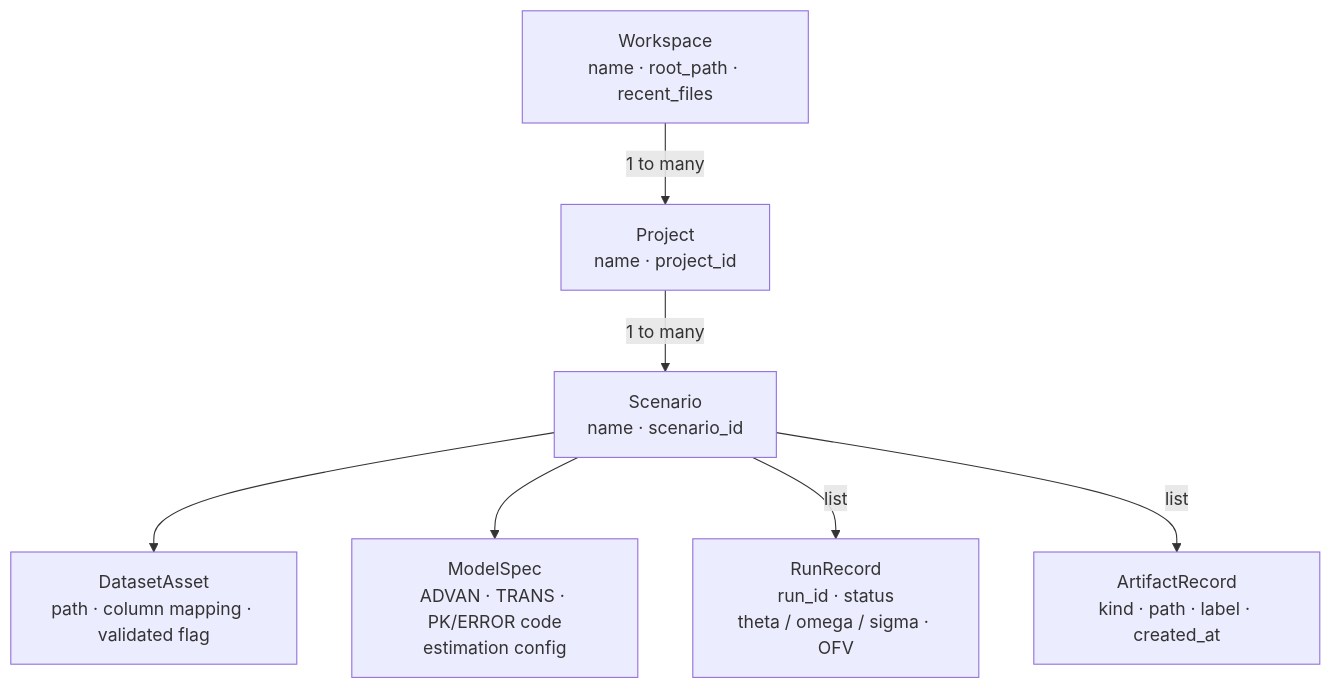
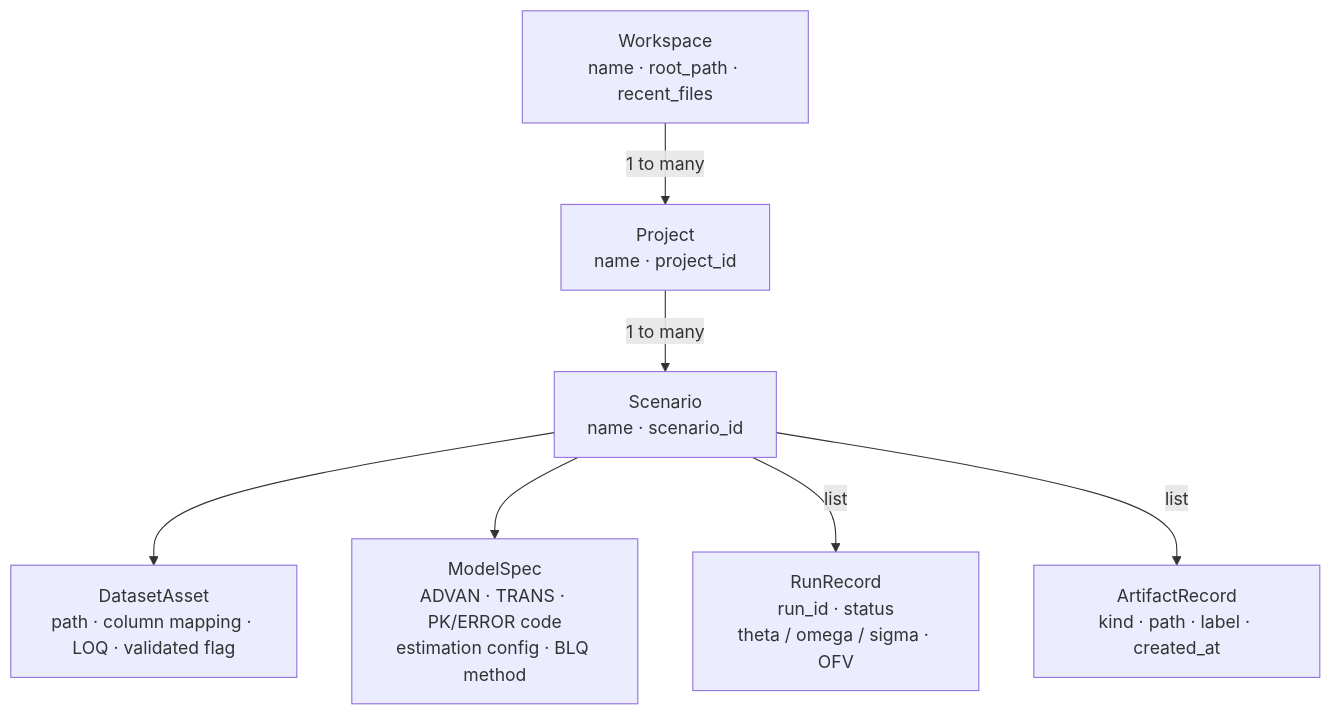
One commit to breisfeld/OpenPKPD changed the second of 2 diagrams in docs/user_guide/gui.md. Above: the diagram before and after it, drawn with Mermaid. The commit also changed other lines of this file and 2 other files, not shown here.

````diff
--- a/docs/user_guide/gui.md
+++ b/docs/user_guide/gui.md
@@ -83,17 +86,17 @@
 ```mermaid
 graph TD
     WS["Workspace\nname · root_path · recent_files"]
     PRJ["Project\nname · project_id"]
     SCN["Scenario\nname · scenario_id"]
-    DS_A["DatasetAsset\npath · column mapping · validated flag"]
-    MS_A["ModelSpec\nADVAN · TRANS · PK/ERROR code\nestimation config"]
+    DS_A["DatasetAsset\npath · column mapping · LOQ · validated flag"]
+    MS_A["ModelSpec\nADVAN · TRANS · PK/ERROR code\nestimation config · BLQ method"]
     RR_A["RunRecord\nrun_id · status\ntheta / omega / sigma · OFV"]
     AR_A["ArtifactRecord\nkind · path · label · created_at"]
 
     WS -->|"1 to many"| PRJ
     PRJ -->|"1 to many"| SCN
     SCN --> DS_A
     SCN --> MS_A
     SCN -->|"list"| RR_A
     SCN -->|"list"| AR_A
 ```
````
